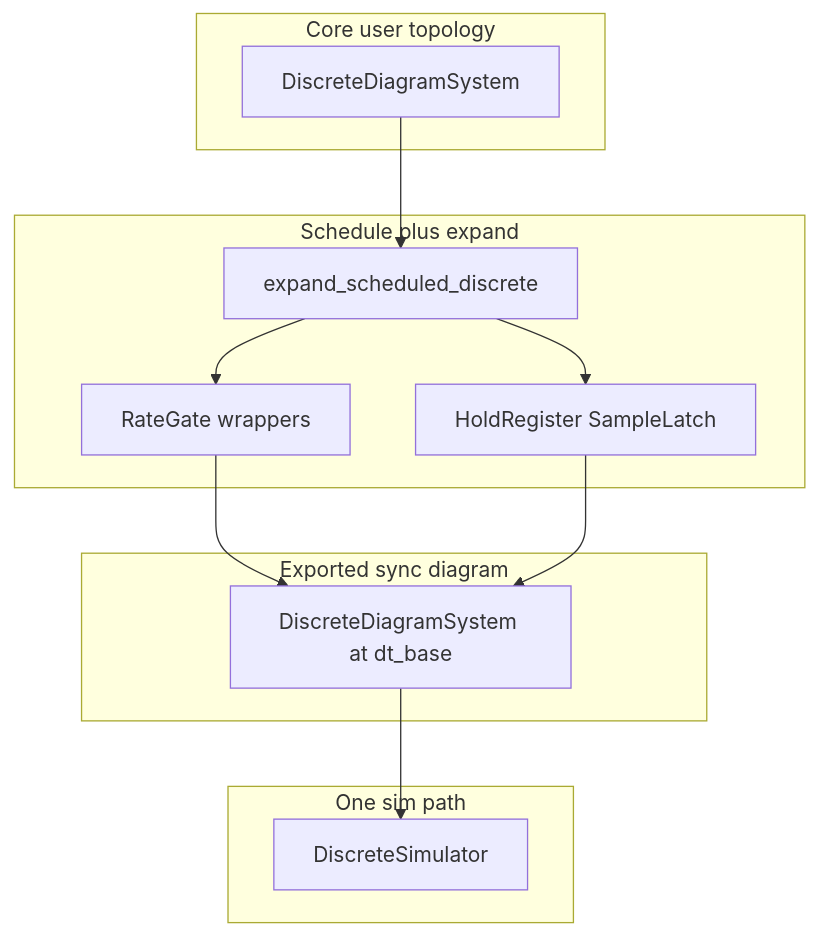
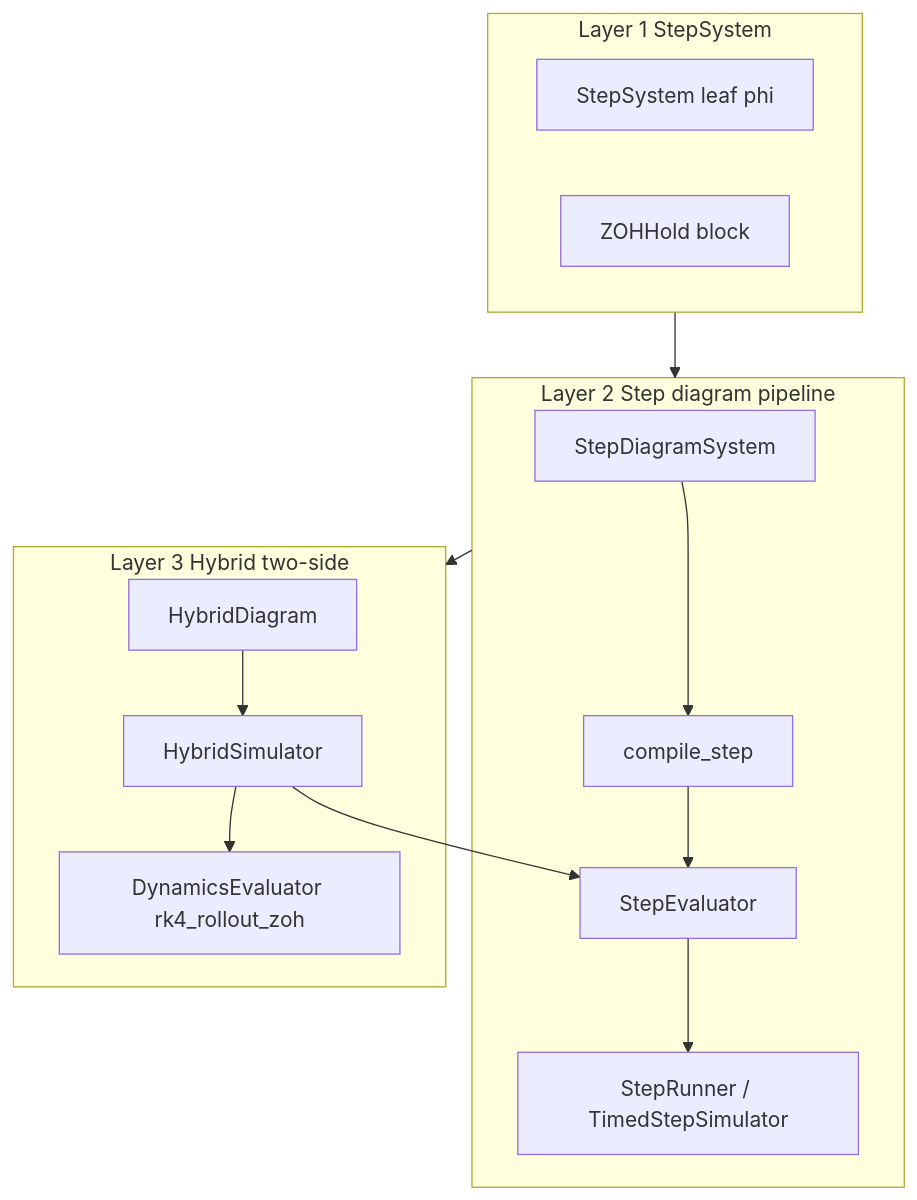
The third of 3 diagrams in docs/plans/hybrid-discrete-simulation.md (alx87grd/minilink), drawn with Mermaid before and after one commit. The commit also changed other lines of this file and 1 other file, not shown here.

First line of the commit message:
docs: expand hybrid/step simulation plan with f/phi architecture

````diff
--- a/docs/plans/hybrid-discrete-simulation.md
+++ b/docs/plans/hybrid-discrete-simulation.md
@@ -110,27 +244,27 @@
 ```mermaid
 flowchart TB
-    subgraph core [Core user topology]
-        DDS[DiscreteDiagramSystem]
+    subgraph layer1 [Layer 1 StepSystem]
+        SS[StepSystem leaf phi]
+        ZOH[ZOHHold block]
     end
 
-    subgraph middle [Schedule plus expand]
-        EXP[expand_scheduled_discrete]
-        gates[RateGate wrappers]
-        holds[HoldRegister SampleLatch]
-        EXP --> gates
-        EXP --> holds
+    subgraph layer2 [Layer 2 Step diagram pipeline]
+        SDS[StepDiagramSystem]
+        SC[compile_step]
+        SE[StepEvaluator]
+        SR[StepRunner / TimedStepSimulator]
+        SDS --> SC --> SE --> SR
     end
 
-    subgraph exported [Exported sync diagram]
-        SYNC[DiscreteDiagramSystem at dt_base]
+    subgraph layer3 [Layer 3 Hybrid two-side]
+        HD[HybridDiagram]
+        HS[HybridSimulator]
+        CE[DynamicsEvaluator rk4_rollout_zoh]
+        HD --> HS
+        HS --> SE
+        HS --> CE
     end
 
-    subgraph runtime [One sim path]
-        DSim[DiscreteSimulator]
-    end
-
-    DDS --> EXP
-    gates --> SYNC
-    holds --> SYNC
-    SYNC --> DSim
+    layer1 --> layer2
+    layer2 --> layer3
 ```
````
